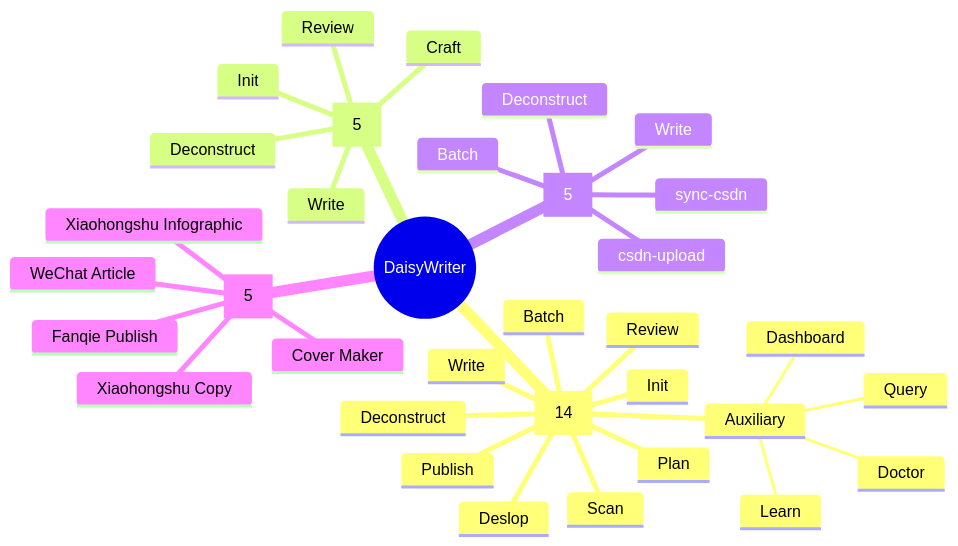
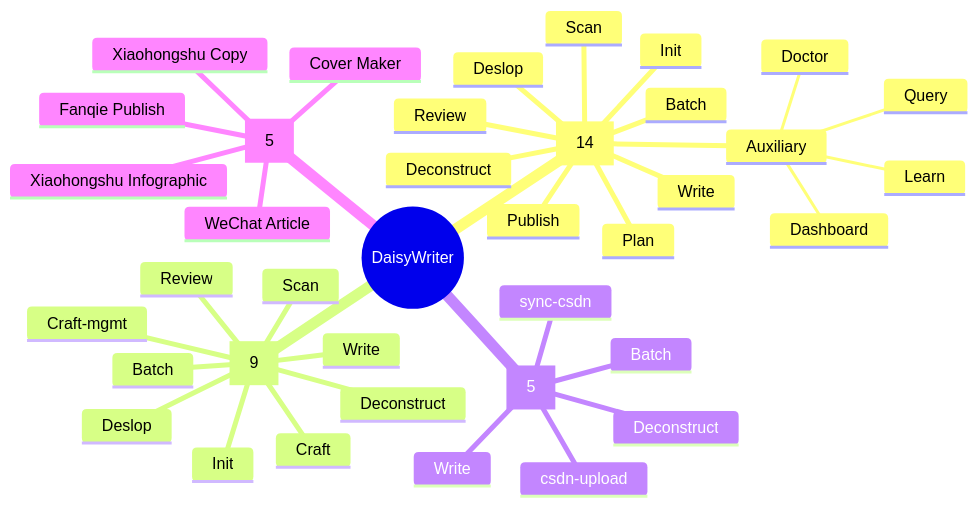
One commit to ricky-theseus/DaisyWriter changed the first of 5 diagrams in README.md. Above: the diagram before and after it, drawn with Mermaid. The commit also changed other lines of this file and 10 other files, not shown here.

Commit message:
同步：新增 4 个短篇技能（batch/deslop/scan/craft-mgmt），README 改为中文默认语言

````diff
--- a/README.md
+++ b/README.md
@@ -39,37 +39,41 @@
 ```mermaid
 mindmap
   ((DaisyWriter))
     📚 Web Novel [14]
       Scan
       Deconstruct
       Init
       Plan
       Write
       Batch
       Review
       Deslop
       Publish
       Auxiliary
         Query
         Learn
         Doctor
         Dashboard
-    📝 Short Story [5]
+    📝 Short Story [9]
+      Scan
+      Deconstruct
       Init
       Write
+      Batch
       Review
+      Deslop
       Craft
-      Deconstruct
+      Craft-mgmt
     💻 Tech Blog [5]
       Deconstruct
       Write
       Batch
       csdn-upload
       sync-csdn
     🔧 Platform [5]
       Fanqie Publish
       Cover Maker
       WeChat Article
       Xiaohongshu Copy
       Xiaohongshu Infographic
 ```
````
